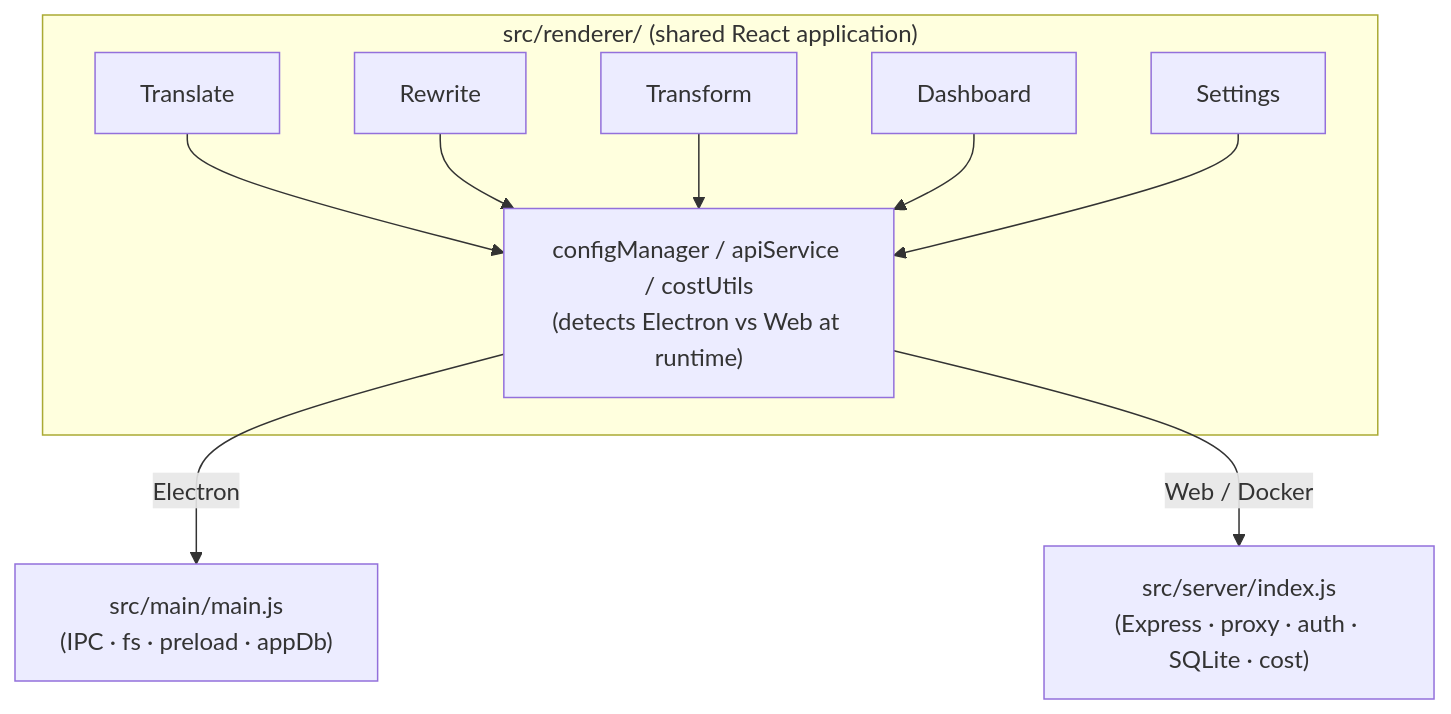
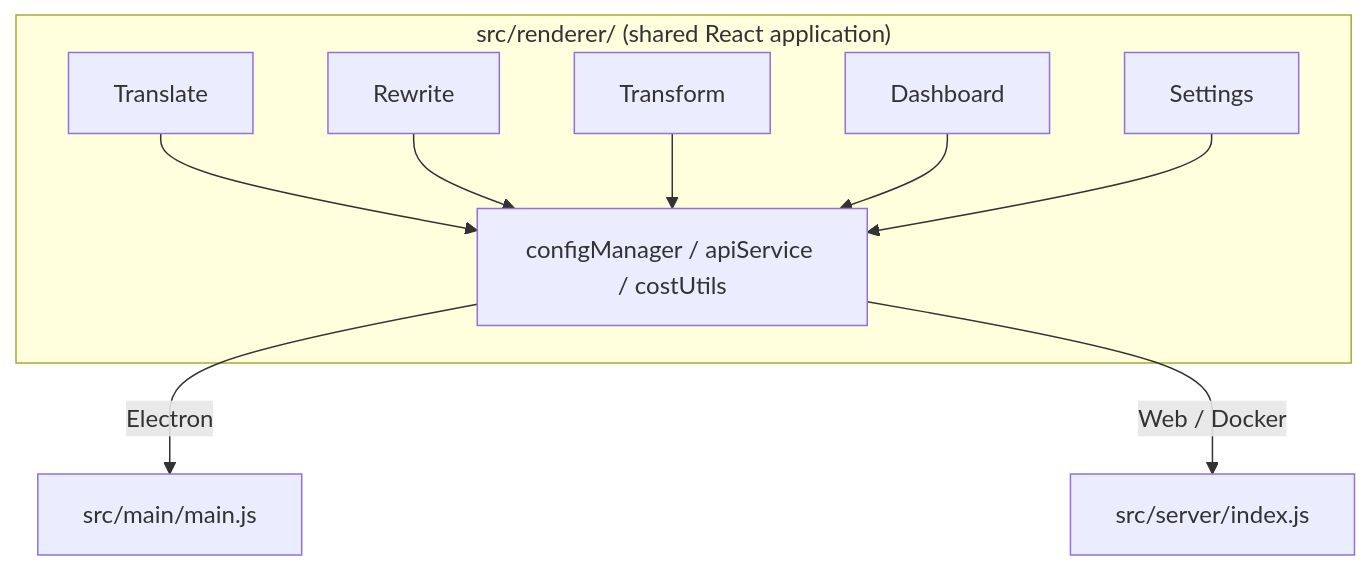
The diagram in README.md (wsj-br/transrewrt), drawn with Mermaid before and after one commit. The commit also changed other lines of this file and 15 other files, not shown here.

````diff
--- a/README.md
+++ b/README.md
@@ -268,14 +208,13 @@
 ```mermaid
 graph TD
     subgraph renderer["src/renderer/ (shared React application)"]
         T[Translate]
         R[Rewrite]
         TR[Transform]
         D[Dashboard]
         S[Settings]
-        T & R & TR & D & S --> core["configManager / apiService / costUtils<br/>(detects Electron vs Web at runtime)"]
+        T & R & TR & D & S --> core["configManager / apiService / costUtils"]
     end
-
-    core -->|Electron| main["src/main/main.js<br/>(IPC · fs · preload · appDb)"]
-    core -->|Web / Docker| server["src/server/index.js<br/>(Express · proxy · auth · SQLite · cost)"]
+    core -->|Electron| main["src/main/main.js"]
+    core -->|Web / Docker| server["src/server/index.js"]
 ```
````
